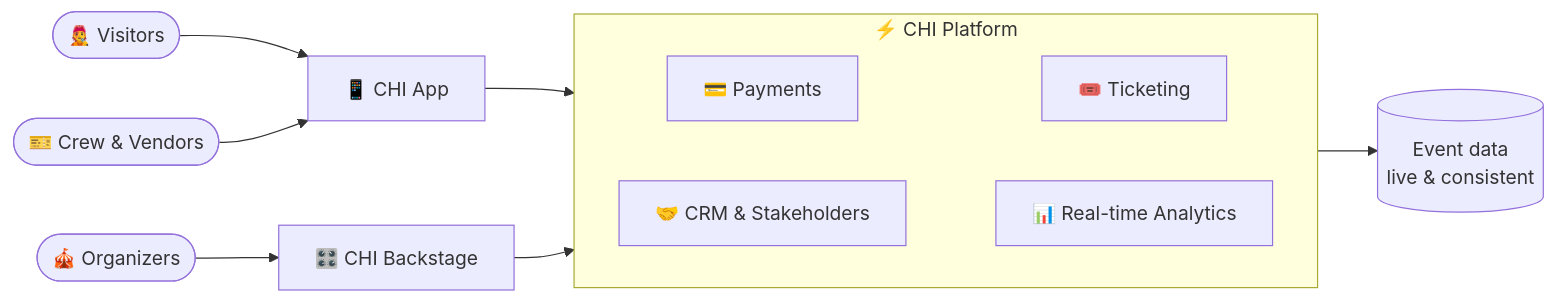
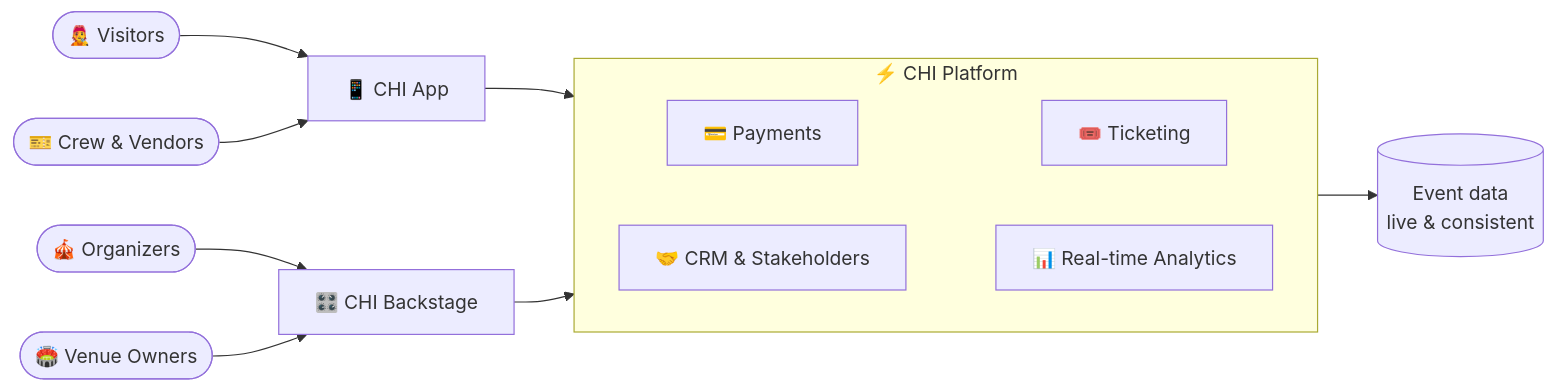
Before and after one commit to CHI-Ecosystem/.github: the diagram in profile/README.md, drawn with Mermaid. The commit also changed other lines of this file, not shown here.

Commit message:
docs: add developers & AI agents section (API/SDK/CLI/MCP/llms.txt), venue owners in diagram

````diff
--- a/profile/README.md
+++ b/profile/README.md
@@ -64,17 +78,18 @@
 ```mermaid
 flowchart LR
     V([🧑‍🎤 Visitors]) --> APP[📱 CHI App]
     C([🎫 Crew & Vendors]) --> APP
     O([🎪 Organizers]) --> BS[🎛️ CHI Backstage]
+    VO([🏟️ Venue Owners]) --> BS
 
     APP --> CORE
     BS --> CORE
 
     subgraph CORE[⚡ CHI Platform]
         direction LR
         PAY[💳 Payments] ~~~ TIX[🎟️ Ticketing]
         CRM[🤝 CRM & Stakeholders] ~~~ AN[📊 Real-time Analytics]
     end
 
     CORE --> D[("Event data<br/>live & consistent")]
 ```
````
